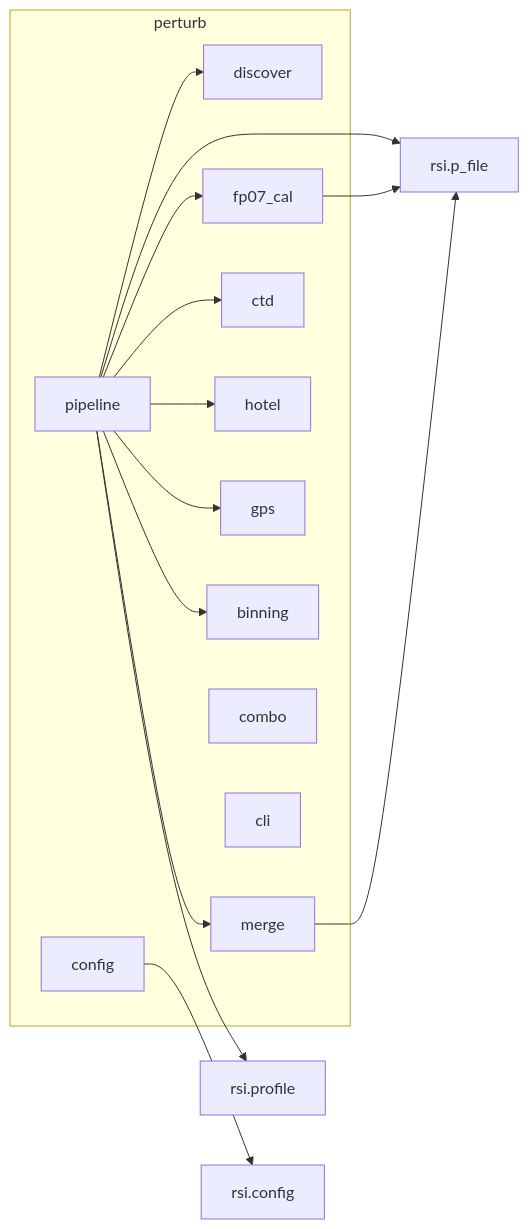
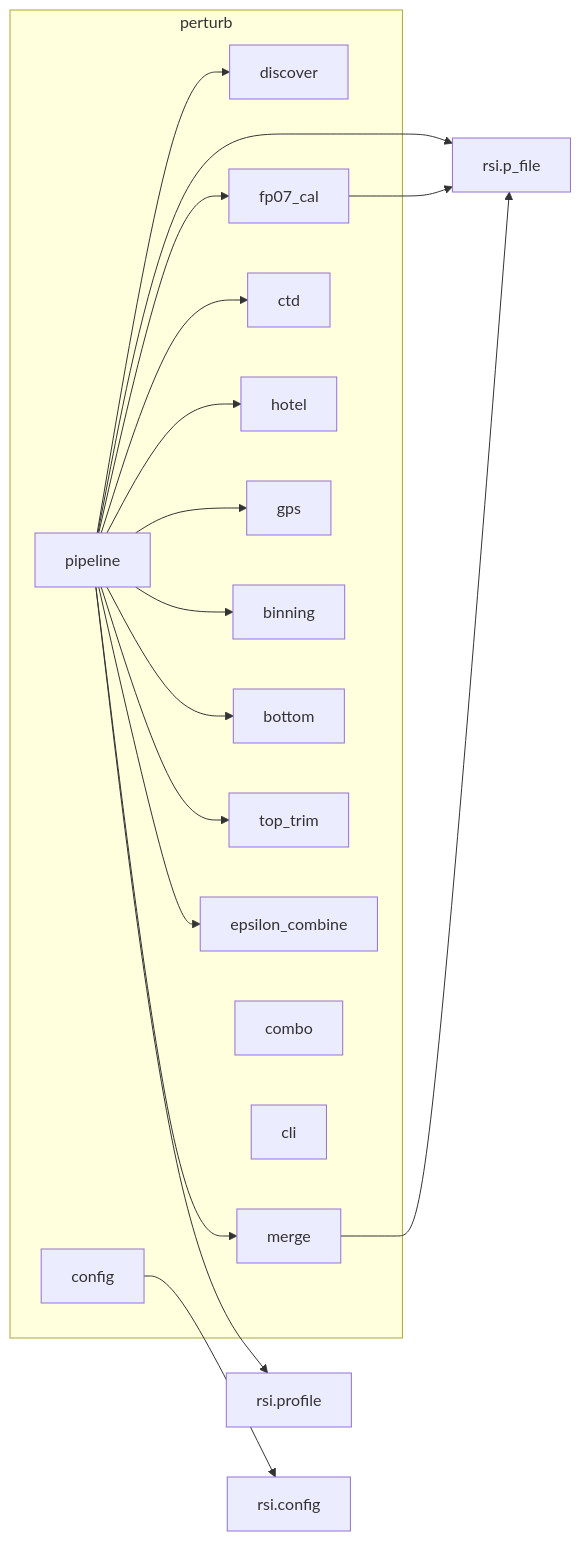
One commit to mousebrains/turbulence changed the fifth of 6 diagrams in docs/ARCHITECTURE.md. Above: the diagram before and after it, drawn with Mermaid. The commit also changed other lines of this file and 10 other files, not shown here.

````diff
--- a/docs/ARCHITECTURE.md
+++ b/docs/ARCHITECTURE.md
@@ -183,20 +219,23 @@
 ```mermaid
 graph LR
     subgraph perturb
         pipeline --> discover
         pipeline --> merge
         pipeline --> fp07_cal
         pipeline --> ctd
         pipeline --> hotel
         pipeline --> gps
         pipeline --> binning
+        pipeline --> bottom
+        pipeline --> top_trim
+        pipeline --> epsilon_combine
         combo
         config
         cli
     end
     pipeline --> rsi.p_file
     pipeline --> rsi.profile
     fp07_cal --> rsi.p_file
     merge --> rsi.p_file
     config --> rsi.config
 ```
````
